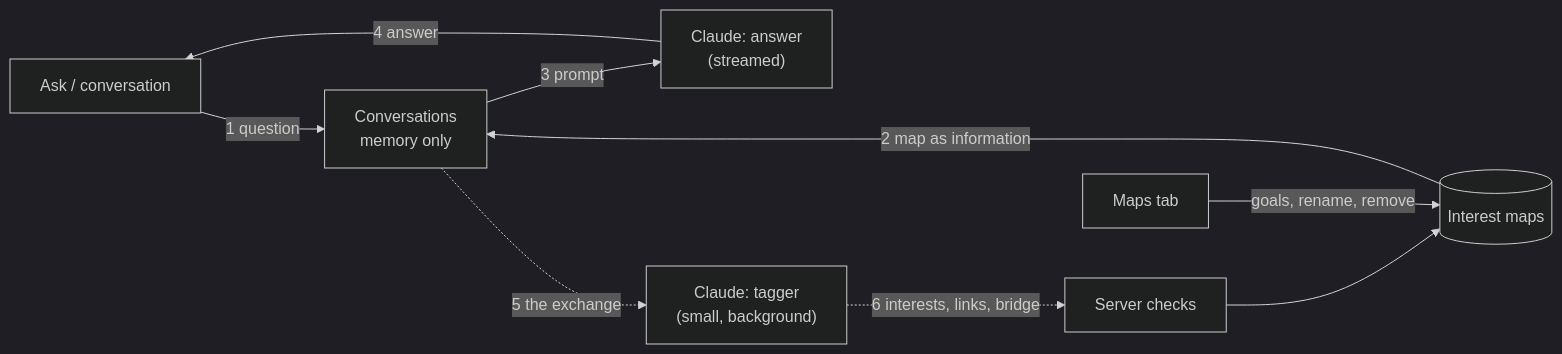
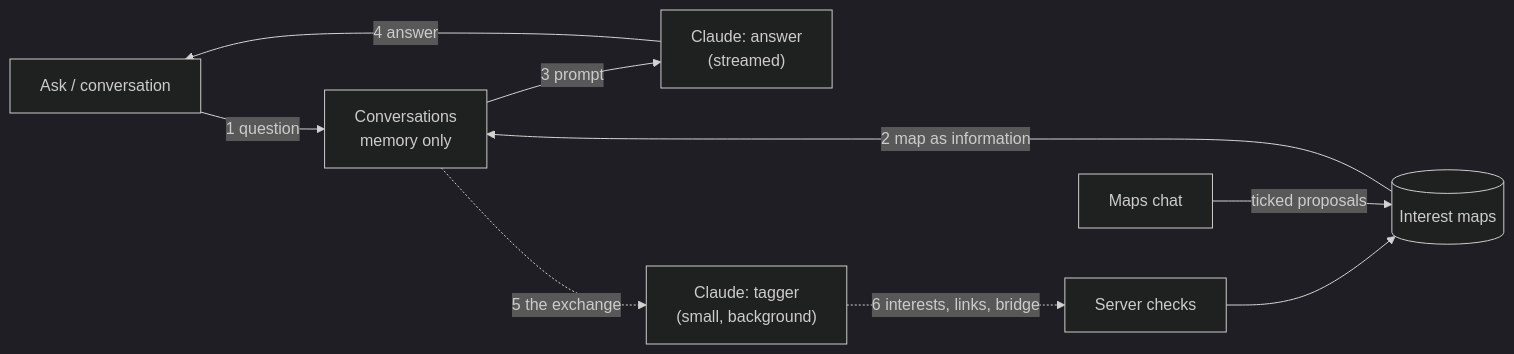
The second of 2 diagrams in docs/ARCHITECTURE.md (torenunez/lerni), drawn with Mermaid (dark theme) before and after one commit. The commit also changed other lines of this file and 11 other files, not shown here.

````diff
--- a/docs/ARCHITECTURE.md
+++ b/docs/ARCHITECTURE.md
@@ -36,10 +36,10 @@
 ```mermaid
 flowchart LR
     screen["Ask / conversation"] -- "1 question" --> convo["Conversations<br/>memory only"]
     maps[("Interest maps")] -- "2 map as information" --> convo
     convo -- "3 prompt" --> claude["Claude: answer<br/>(streamed)"]
     claude -- "4 answer" --> screen
     convo -. "5 the exchange" .-> tagger["Claude: tagger<br/>(small, background)"]
     tagger -. "6 interests, links, bridge" .-> check["Server checks"] --> maps
-    edev["Maps tab"] -- "goals, rename, remove" --> maps
+    edev["Maps chat"] -- "ticked proposals" --> maps
 ```
````
